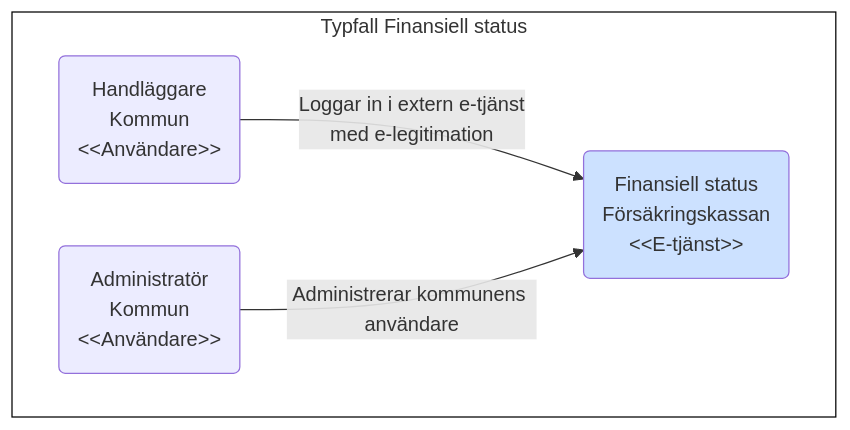
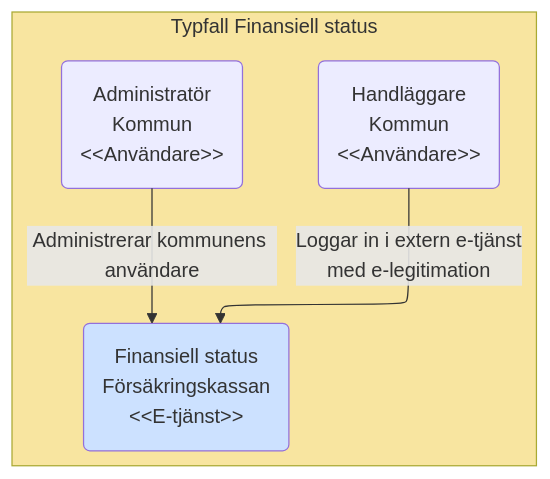
The eighth of 9 diagrams in architecture/drafts/IAM_TargetArchitecture_Sweden.md (diggsweden/ena-authorization), drawn with Mermaid before and after one commit. The commit also changed other lines of this file, not shown here.

Commit message:
Testar ny mermaid-rendrerare "elk"

````diff
--- a/architecture/drafts/IAM_TargetArchitecture_Sweden.md
+++ b/architecture/drafts/IAM_TargetArchitecture_Sweden.md
@@ -307,16 +323,17 @@
 ```mermaid
+%%{init: {"flowchart": {"defaultRenderer": "elk"}} }%%
 graph TD
 classDef org fill:#F8E5A0
 classDef comp fill:#CCE1FF
 classDef box fill:#ffffff,stroke:#000000
 
 A(Handläggare<br>Kommun<br>&lt&ltAnvändare&gt&gt)
 B(Finansiell status<br>Försäkringskassan<br>&lt&ltE-tjänst&gt&gt):::comp
 C(Administratör<br>Kommun<br>&lt&ltAnvändare&gt&gt)
 
 subgraph t[Typfall Finansiell status]
 A -->|Loggar in i extern e-tjänst<br> med e-legitimation | B
 C -->|Administrerar kommunens användare | B
 end
-t:::box
+t:::org
 ```
````
